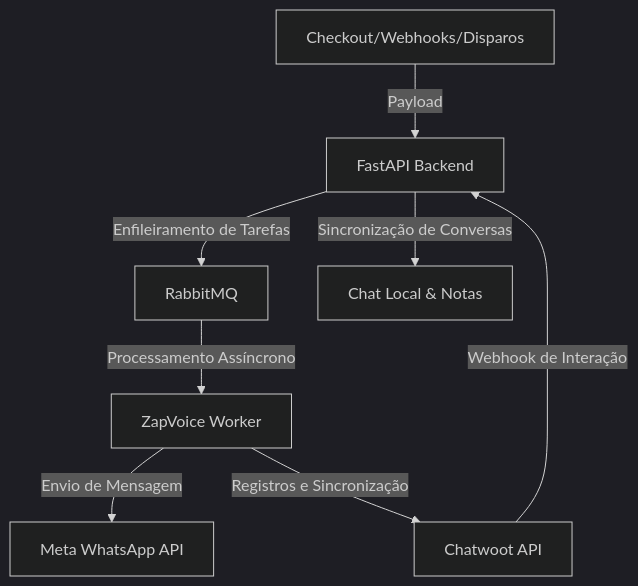
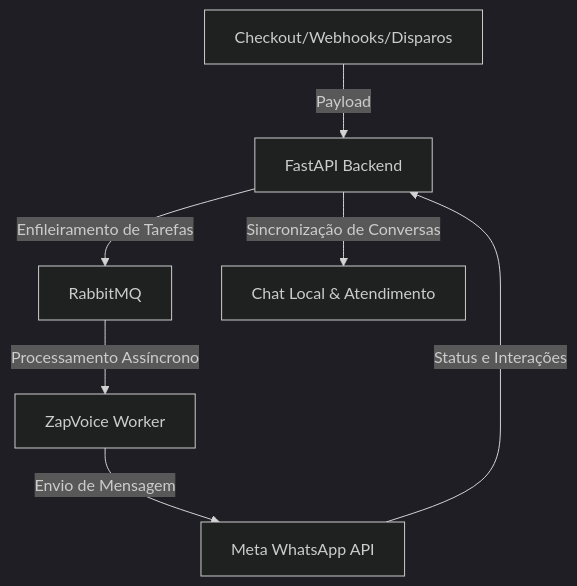
Before and after one commit to aryarajalves/zap-voice-api-oficial-clone: the diagram in README.md, drawn with Mermaid (dark theme). The commit also changed other lines of this file and 1 other file, not shown here.

Commit message:
docs: remover mencoes ao chatwoot, changelog e proteger credenciais no readme

````diff
--- a/README.md
+++ b/README.md
@@ -16,10 +16,9 @@
 ```mermaid
 graph TD
     A[Checkout/Webhooks/Disparos] -->|Payload| B[FastAPI Backend]
     B -->|Enfileiramento de Tarefas| C[RabbitMQ]
     C -->|Processamento Assíncrono| D[ZapVoice Worker]
     D -->|Envio de Mensagem| E[Meta WhatsApp API]
-    D -->|Registros e Sincronização| F[Chatwoot API]
-    F -->|Webhook de Interação| B
-    B -->|Sincronização de Conversas| G[Chat Local & Notas]
+    E -->|Status e Interações| B
+    B -->|Sincronização de Conversas| G[Chat Local & Atendimento]
 ```
````
